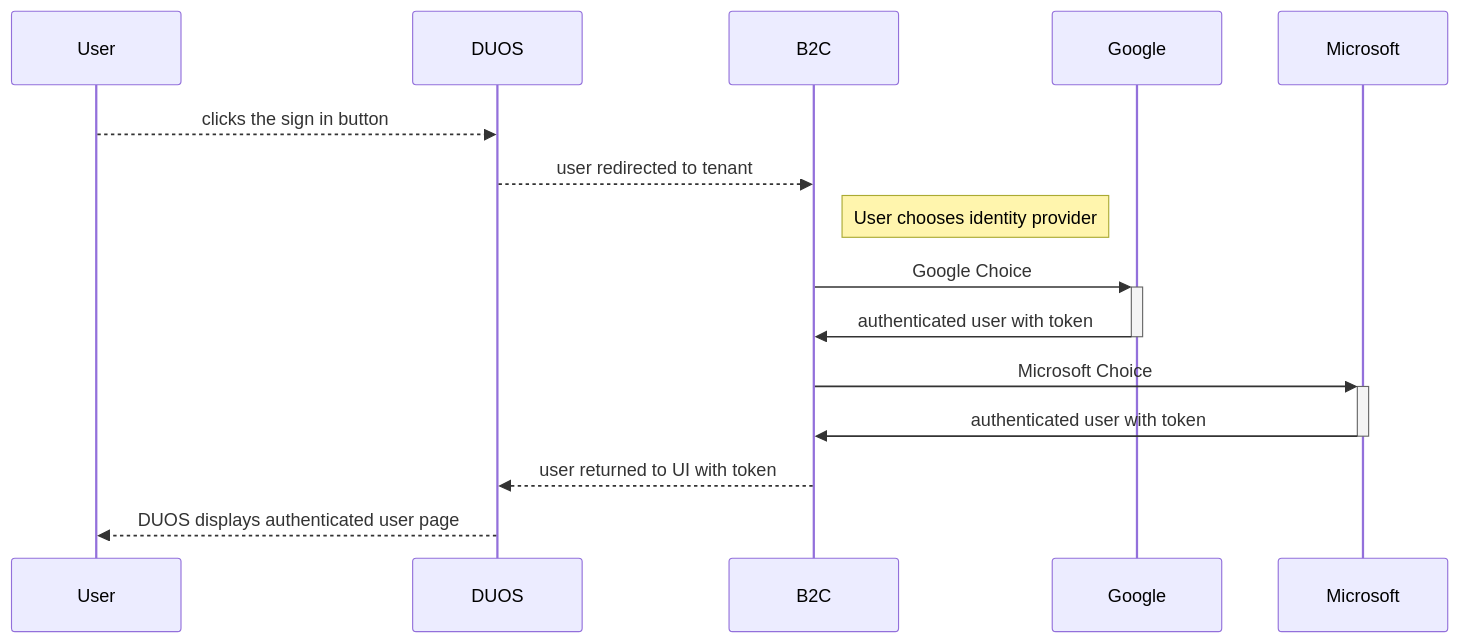
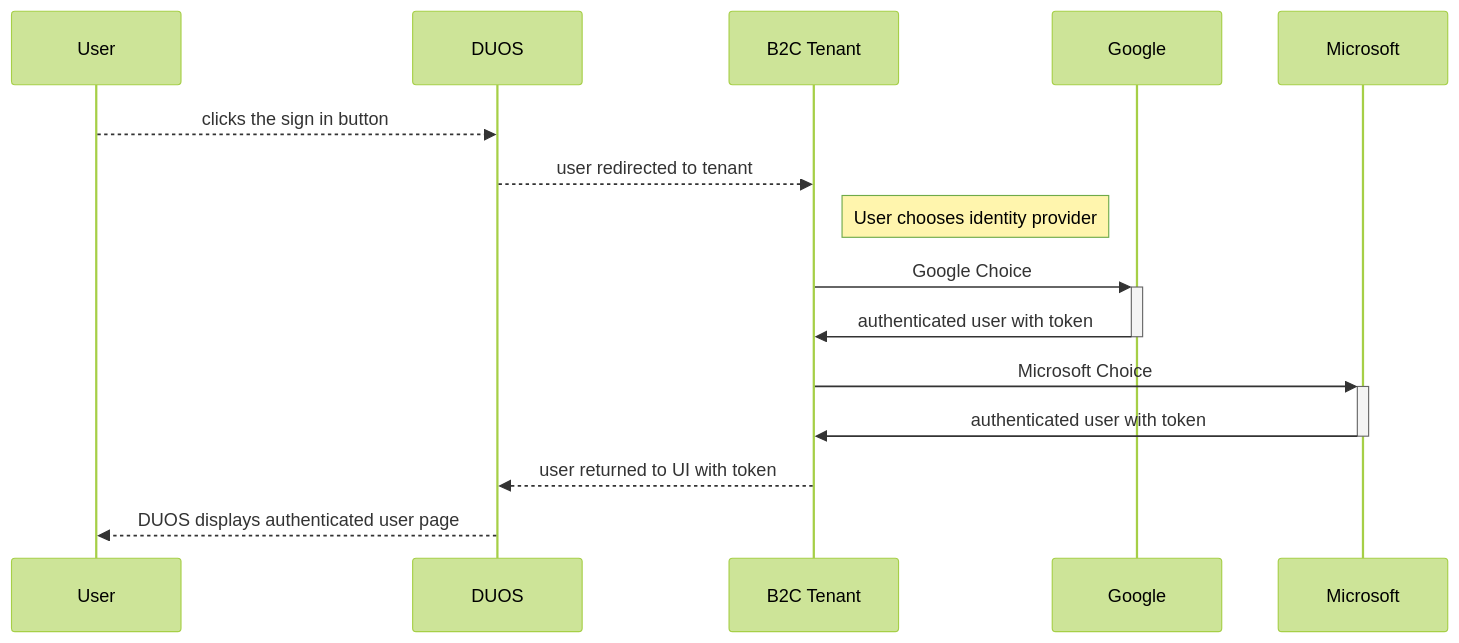
One commit to DataBiosphere/duos-ui changed the first of 4 diagrams in docs/Authentication.md. Above: the diagram before and after it, drawn with Mermaid. The commit also changed other lines of this file, not shown here.

````diff
--- a/docs/Authentication.md
+++ b/docs/Authentication.md
@@ -24,12 +25,13 @@
 ```mermaid
+%%{init: { 'theme': 'forest' } }%%
 sequenceDiagram
     User-->>DUOS: clicks the sign in button
-    DUOS-->>B2C: user redirected to tenant
-    note right of B2C: User chooses identity provider
-    B2C ->>+ Google: Google Choice
-    Google ->>- B2C: authenticated user with token
-    B2C ->>+ Microsoft: Microsoft Choice
-    Microsoft ->>- B2C: authenticated user with token
-    B2C -->> DUOS: user returned to UI with token
+    DUOS-->>B2C Tenant: user redirected to tenant
+    note right of B2C Tenant: User chooses identity provider
+    B2C Tenant ->>+ Google: Google Choice
+    Google ->>- B2C Tenant: authenticated user with token
+    B2C Tenant ->>+ Microsoft: Microsoft Choice
+    Microsoft ->>- B2C Tenant: authenticated user with token
+    B2C Tenant -->> DUOS: user returned to UI with token
     DUOS -->> User: DUOS displays authenticated user page
 ```
````
